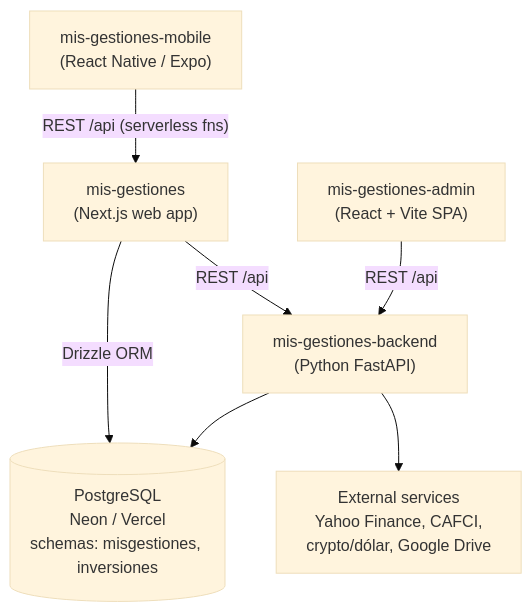
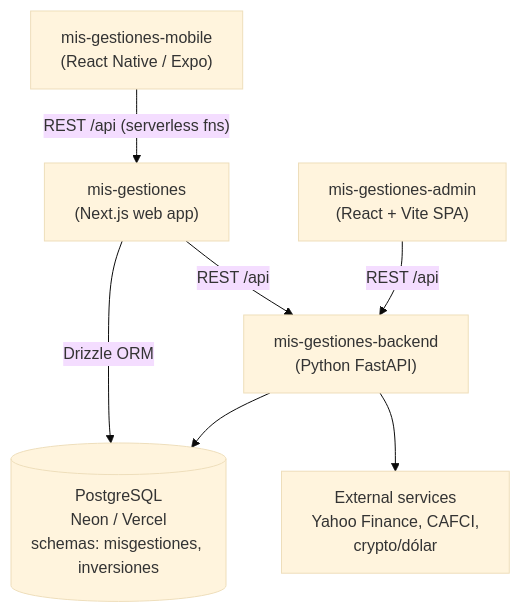
Before and after one commit to TomasNati/mis-gestiones: the first of 3 diagrams in docs/ECOSYSTEM_OVERVIEW.md, drawn with Mermaid (base theme). The commit also changed other lines of this file and 2 other files, not shown here.

````diff
--- a/docs/ECOSYSTEM_OVERVIEW.md
+++ b/docs/ECOSYSTEM_OVERVIEW.md
@@ -89,16 +85,16 @@
 ```mermaid
 flowchart TB
     admin["mis-gestiones-admin<br/>(React + Vite SPA)"]
     web["mis-gestiones<br/>(Next.js web app)"]
     mobile["mis-gestiones-mobile<br/>(React Native / Expo)"]
     backend["mis-gestiones-backend<br/>(Python FastAPI)"]
     db[("PostgreSQL<br/>Neon / Vercel<br/>schemas: misgestiones, inversiones")]
-    ext["External services<br/>Yahoo Finance, CAFCI,<br/>crypto/dólar, Google Drive"]
+    ext["External services<br/>Yahoo Finance, CAFCI,<br/>crypto/dólar"]
 
     admin -->|"REST /api"| backend
     web -->|"REST /api"| backend
     mobile -->|"REST /api (serverless fns)"| web
     backend --> db
     web -->|"Drizzle ORM"| db
     backend --> ext
 ```
````
